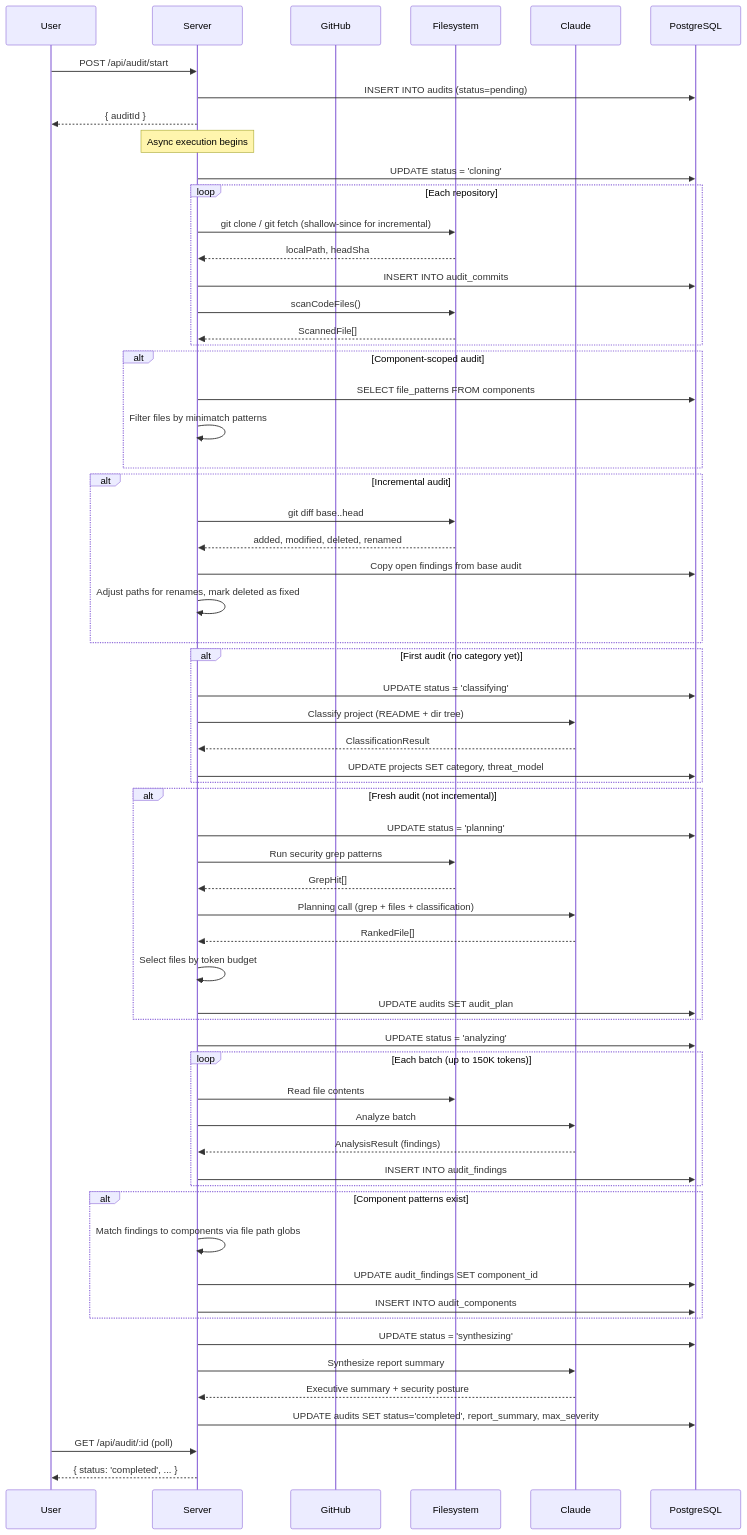
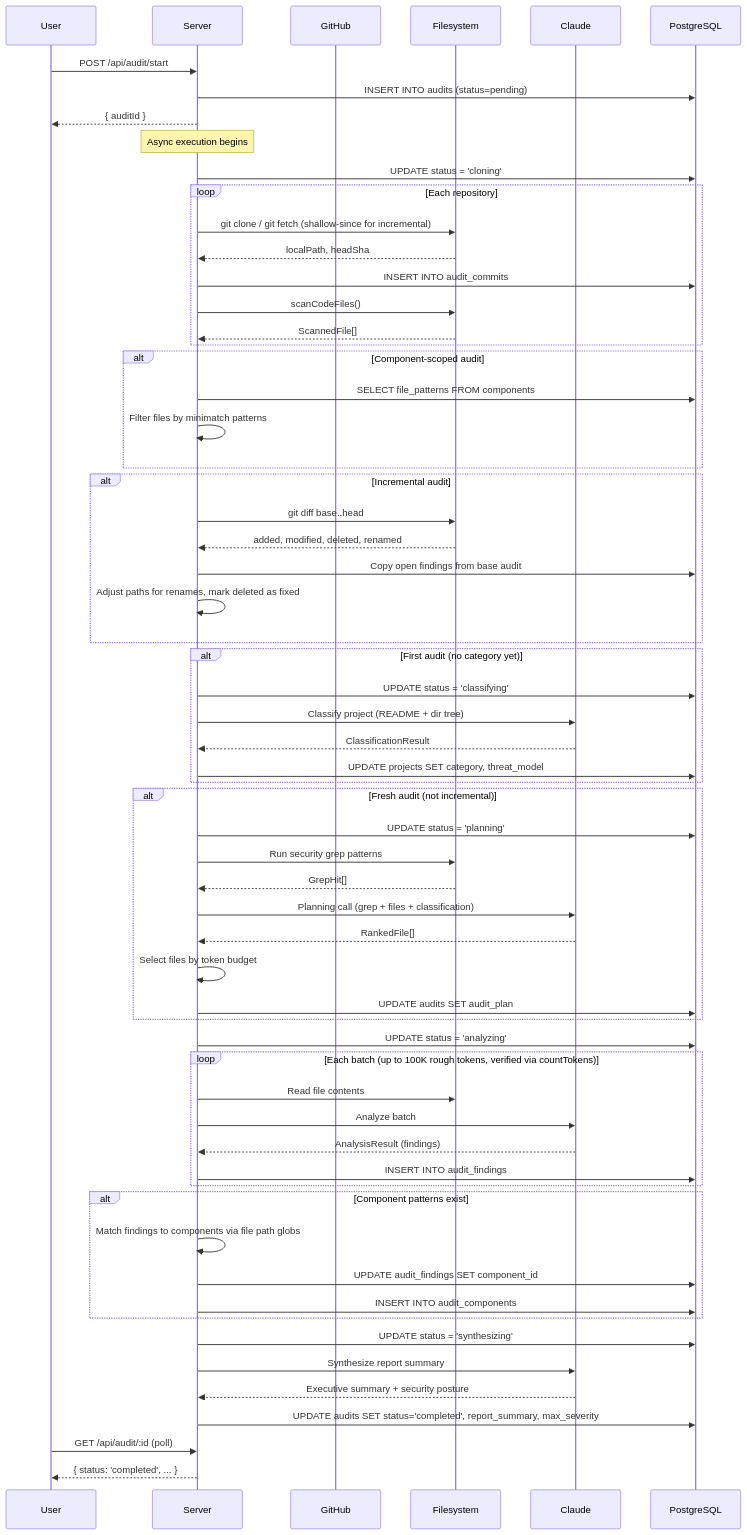
One commit to epoberezkin/codewatch changed the second of 2 diagrams in product/flows/audit-lifecycle.md. Above: the diagram before and after it, drawn with Mermaid. The commit also changed other lines of this file and 3 other files, not shown here.

````diff
--- a/product/flows/audit-lifecycle.md
+++ b/product/flows/audit-lifecycle.md
@@ -220,74 +220,74 @@
 ```mermaid
 sequenceDiagram
     participant User
     participant Server
     participant GitHub
     participant Filesystem
     participant Claude
     participant PostgreSQL
 
     User->>Server: POST /api/audit/start
     Server->>PostgreSQL: INSERT INTO audits (status=pending)
     Server-->>User: { auditId }
     Note over Server: Async execution begins
 
     Server->>PostgreSQL: UPDATE status = 'cloning'
     loop Each repository
         Server->>Filesystem: git clone / git fetch (shallow-since for incremental)
         Filesystem-->>Server: localPath, headSha
         Server->>PostgreSQL: INSERT INTO audit_commits
         Server->>Filesystem: scanCodeFiles()
         Filesystem-->>Server: ScannedFile[]
     end
 
     alt Component-scoped audit
         Server->>PostgreSQL: SELECT file_patterns FROM components
         Server->>Server: Filter files by minimatch patterns
     end
 
     alt Incremental audit
         Server->>Filesystem: git diff base..head
         Filesystem-->>Server: added, modified, deleted, renamed
         Server->>PostgreSQL: Copy open findings from base audit
         Server->>Server: Adjust paths for renames, mark deleted as fixed
     end
 
     alt First audit (no category yet)
         Server->>PostgreSQL: UPDATE status = 'classifying'
         Server->>Claude: Classify project (README + dir tree)
         Claude-->>Server: ClassificationResult
         Server->>PostgreSQL: UPDATE projects SET category, threat_model
     end
 
     alt Fresh audit (not incremental)
         Server->>PostgreSQL: UPDATE status = 'planning'
         Server->>Filesystem: Run security grep patterns
         Filesystem-->>Server: GrepHit[]
         Server->>Claude: Planning call (grep + files + classification)
         Claude-->>Server: RankedFile[]
         Server->>Server: Select files by token budget
         Server->>PostgreSQL: UPDATE audits SET audit_plan
     end
 
     Server->>PostgreSQL: UPDATE status = 'analyzing'
-    loop Each batch (up to 150K tokens)
+    loop Each batch (up to 100K rough tokens, verified via countTokens)
         Server->>Filesystem: Read file contents
         Server->>Claude: Analyze batch
         Claude-->>Server: AnalysisResult (findings)
         Server->>PostgreSQL: INSERT INTO audit_findings
     end
 
     alt Component patterns exist
         Server->>Server: Match findings to components via file path globs
         Server->>PostgreSQL: UPDATE audit_findings SET component_id
         Server->>PostgreSQL: INSERT INTO audit_components
     end
 
     Server->>PostgreSQL: UPDATE status = 'synthesizing'
     Server->>Claude: Synthesize report summary
     Claude-->>Server: Executive summary + security posture
     Server->>PostgreSQL: UPDATE audits SET status='completed', report_summary, max_severity
 
     User->>Server: GET /api/audit/:id (poll)
     Server-->>User: { status: 'completed', ... }
 ```
````
